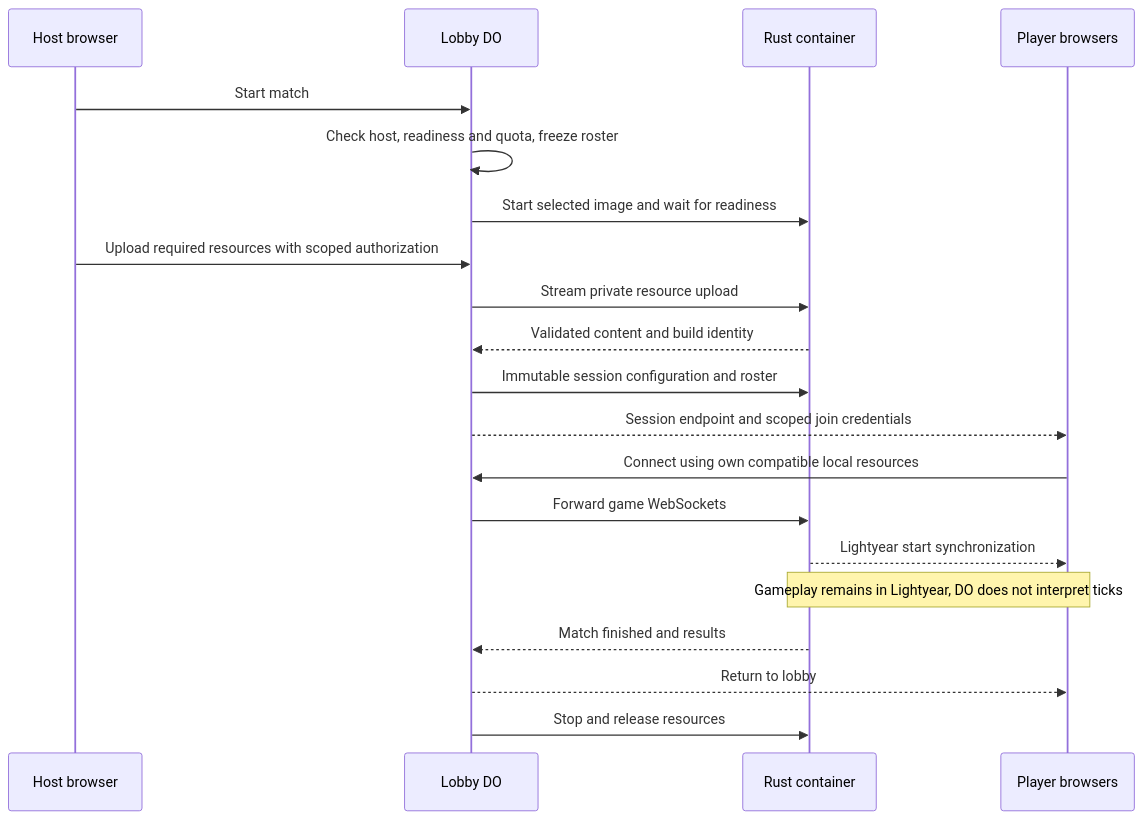
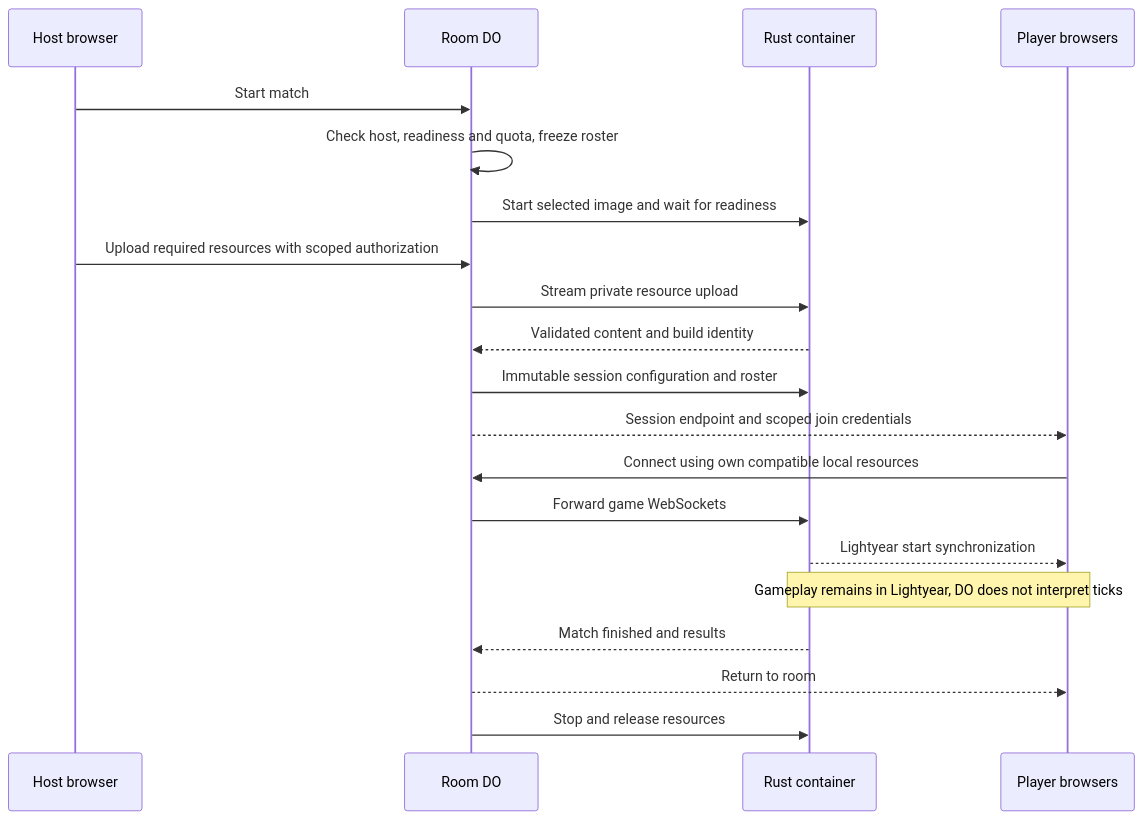
The third of 4 diagrams in docs/cloudflare-architecture.md (ediskandarov/rusty-metal-4), drawn with Mermaid before and after one commit. The commit also changed other lines of this file and 36 other files, not shown here.

````diff
--- a/docs/cloudflare-architecture.md
+++ b/docs/cloudflare-architecture.md
@@ -59,22 +59,22 @@
 ```mermaid
 sequenceDiagram
     participant H as Host browser
-    participant L as Lobby DO
+    participant L as Room DO
     participant C as Rust container
     participant P as Player browsers
     H->>L: Start match
     L->>L: Check host, readiness and quota, freeze roster
     L->>C: Start selected image and wait for readiness
     H->>L: Upload required resources with scoped authorization
     L->>C: Stream private resource upload
     C-->>L: Validated content and build identity
     L->>C: Immutable session configuration and roster
     L-->>P: Session endpoint and scoped join credentials
     P->>L: Connect using own compatible local resources
     L->>C: Forward game WebSockets
     C-->>P: Lightyear start synchronization
     Note over P,C: Gameplay remains in Lightyear, DO does not interpret ticks
     C-->>L: Match finished and results
-    L-->>P: Return to lobby
+    L-->>P: Return to room
     L->>C: Stop and release resources
 ```
````
